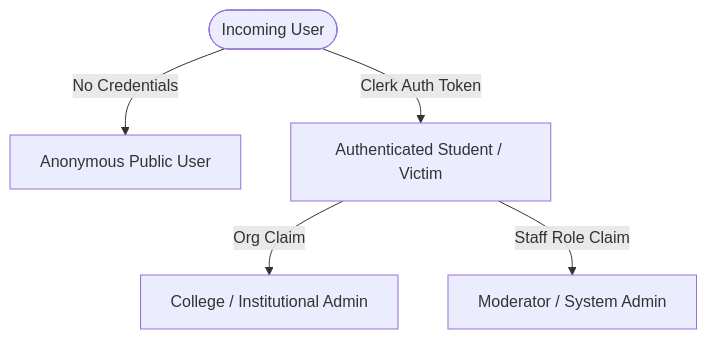
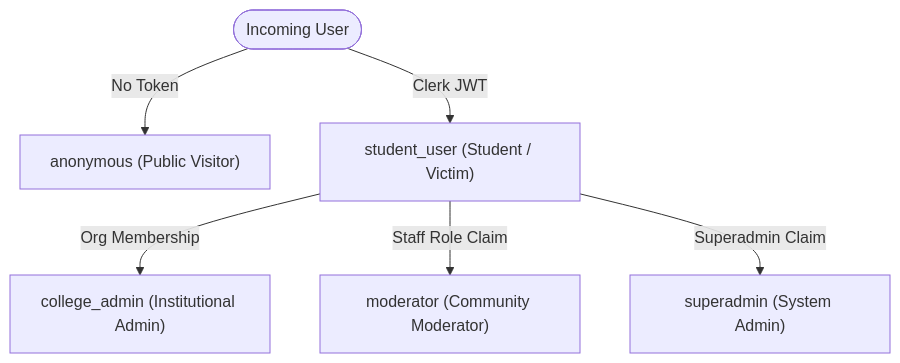
Before and after one commit to G28I/Scamfy: the diagram in scamfy/docs/user-roles.md, drawn with Mermaid. The commit also changed other lines of this file and 6 other files, not shown here.

````diff
--- a/scamfy/docs/user-roles.md
+++ b/scamfy/docs/user-roles.md
@@ -7,7 +7,8 @@
 ```mermaid
 graph TD
-    User([Incoming User]) -->|No Credentials| Anon[Anonymous Public User]
-    User -->|Clerk Auth Token| Auth[Authenticated Student / Victim]
-    Auth -->|Org Claim| College[College / Institutional Admin]
-    Auth -->|Staff Role Claim| Mod[Moderator / System Admin]
+    User([Incoming User]) -->|No Token| Anon["anonymous (Public Visitor)"]
+    User -->|Clerk JWT| Auth["student_user (Student / Victim)"]
+    Auth -->|Org Membership| College["college_admin (Institutional Admin)"]
+    Auth -->|Staff Role Claim| Mod["moderator (Community Moderator)"]
+    Auth -->|Superadmin Claim| Admin["superadmin (System Admin)"]
 ```
````
